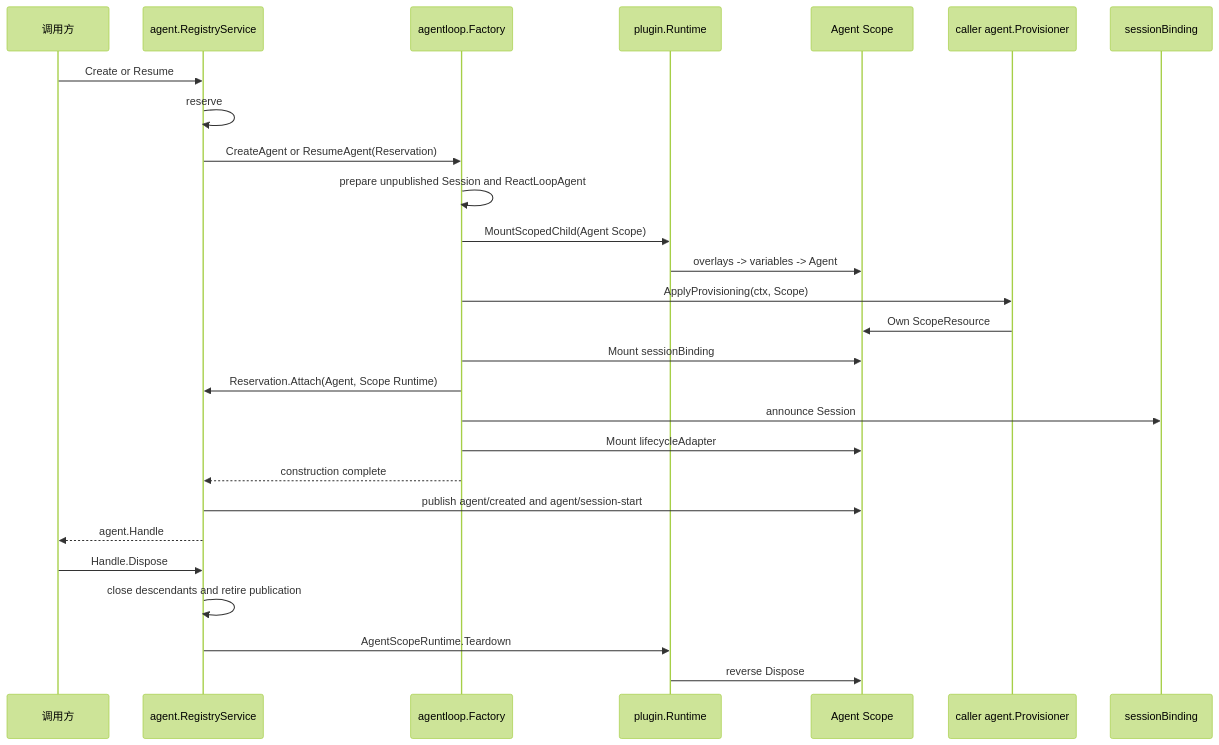
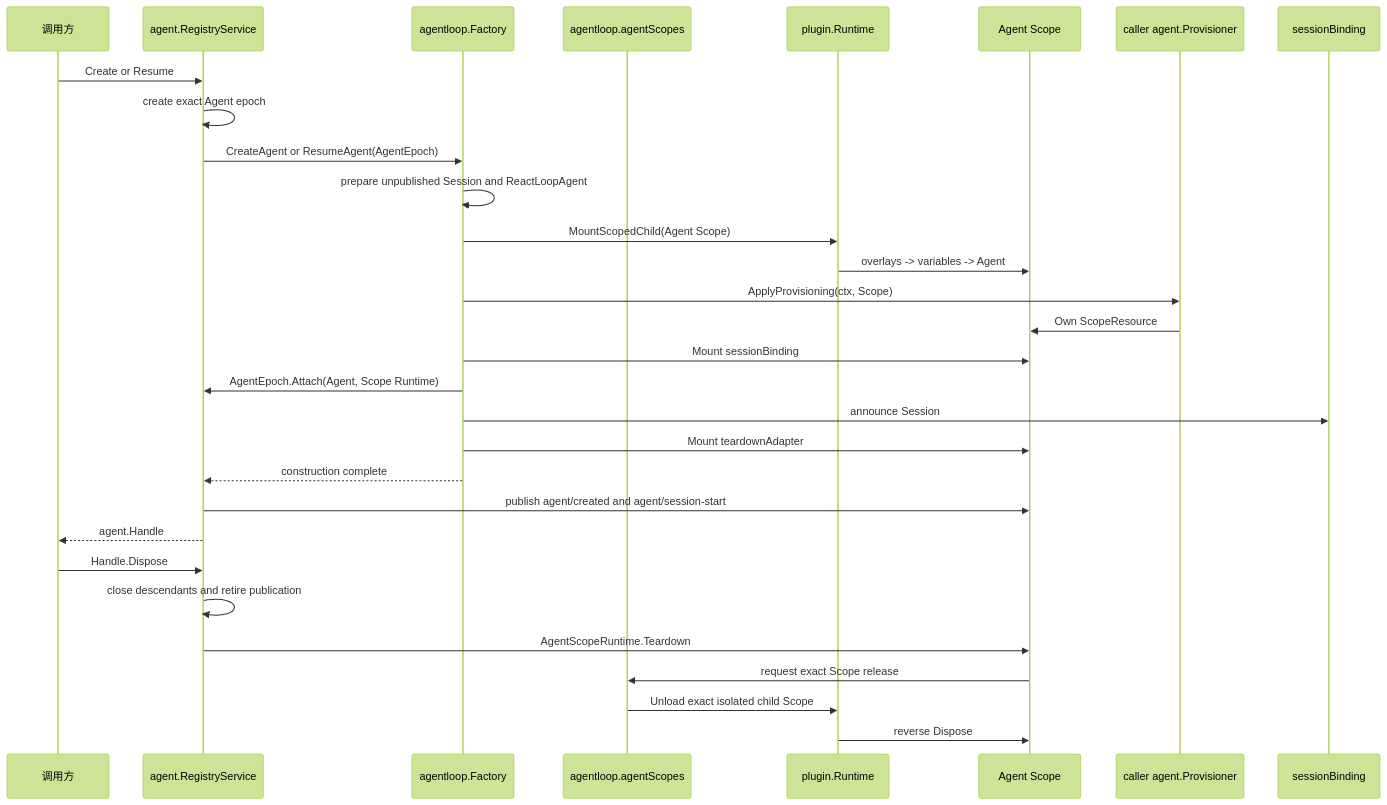
Before and after one commit to gorenx/goren: the second of 2 diagrams in agentloop/README.zh-CN.md, drawn with Mermaid (forest theme). The commit also changed other lines of this file and 14 other files, not shown here.

Commit message:
docs(agent): finalize lifecycle refactor design

````diff
--- a/agentloop/README.zh-CN.md
+++ b/agentloop/README.zh-CN.md
@@ -61,30 +63,33 @@
 ```mermaid
 sequenceDiagram
     participant Caller as 调用方
     participant Registry as agent.RegistryService
     participant Factory as agentloop.Factory
+    participant Scopes as agentloop.agentScopes
     participant Runtime as plugin.Runtime
     participant Scope as Agent Scope
     participant Provisioner as caller agent.Provisioner
     participant SessionBinding as sessionBinding
 
     Caller->>Registry: Create or Resume
-    Registry->>Registry: reserve
-    Registry->>Factory: CreateAgent or ResumeAgent(Reservation)
+    Registry->>Registry: create exact Agent epoch
+    Registry->>Factory: CreateAgent or ResumeAgent(AgentEpoch)
     Factory->>Factory: prepare unpublished Session and ReactLoopAgent
     Factory->>Runtime: MountScopedChild(Agent Scope)
     Runtime->>Scope: overlays -> variables -> Agent
     Factory->>Provisioner: ApplyProvisioning(ctx, Scope)
     Provisioner->>Scope: Own ScopeResource
     Factory->>Scope: Mount sessionBinding
-    Factory->>Registry: Reservation.Attach(Agent, Scope Runtime)
+    Factory->>Registry: AgentEpoch.Attach(Agent, Scope Runtime)
     Factory->>SessionBinding: announce Session
-    Factory->>Scope: Mount lifecycleAdapter
+    Factory->>Scope: Mount teardownAdapter
     Factory-->>Registry: construction complete
     Registry->>Scope: publish agent/created and agent/session-start
     Registry-->>Caller: agent.Handle
     Caller->>Registry: Handle.Dispose
     Registry->>Registry: close descendants and retire publication
-    Registry->>Runtime: AgentScopeRuntime.Teardown
+    Registry->>Scope: AgentScopeRuntime.Teardown
+    Scope->>Scopes: request exact Scope release
+    Scopes->>Runtime: Unload exact isolated child Scope
     Runtime->>Scope: reverse Dispose
 ```
````
